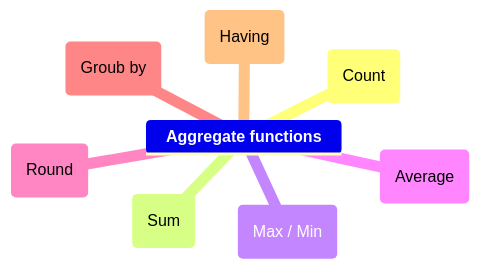
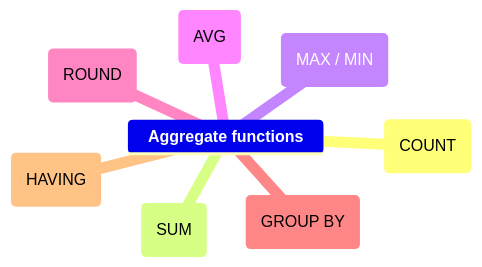
One commit to MarvinSilcGit/Learning changed the fourth of 4 diagrams in SQLite/Code Cademy/README.md. Above: the diagram before and after it, drawn with Mermaid.

````diff
--- a/SQLite/Code Cademy/README.md
+++ b/SQLite/Code Cademy/README.md
@@ -493,11 +493,11 @@
  ```mermaid
 mindmap
 	**Aggregate functions**
-		(Count)
-		(Sum)
-		(Max / Min)
-		(Average)
-		(Round)
-		(Groub by)
-		(Having)
+		(COUNT)
+		(SUM)
+		(MAX / MIN)
+		(AVG)
+		(ROUND)
+		(GROUP BY)
+		(HAVING)
 ```
````
